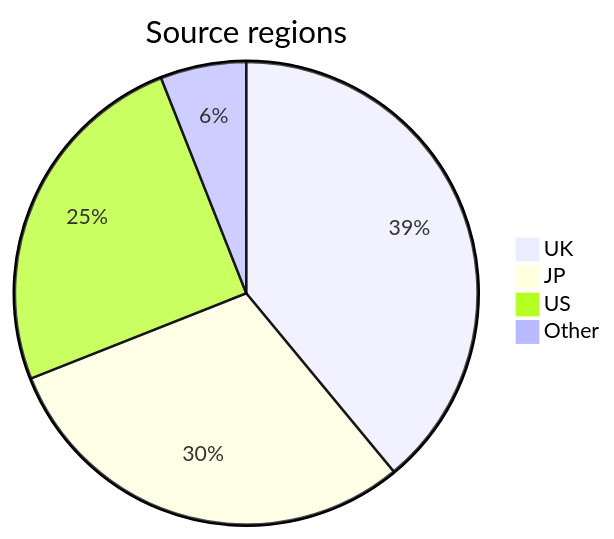
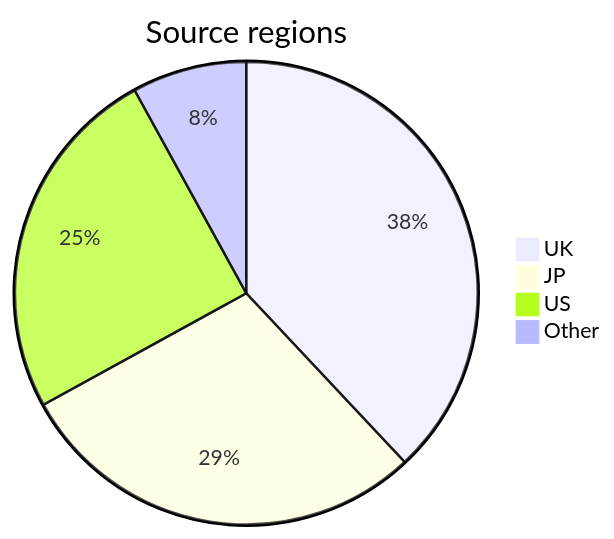
The diagram in gbc-census/docs/notes.md (ace-dent/gbc-hw), drawn with Mermaid before and after one commit. The commit also changed other lines of this file and 5 other files, not shown here.

````diff
--- a/gbc-census/docs/notes.md
+++ b/gbc-census/docs/notes.md
@@ -47,7 +47,7 @@
 ```mermaid
 pie title Source regions
-    "UK" : 39
-    "JP" : 30
+    "UK" : 38
+    "JP" : 29
     "US" : 25
-    "Other" : 6
+    "Other" : 8
 ```
````
